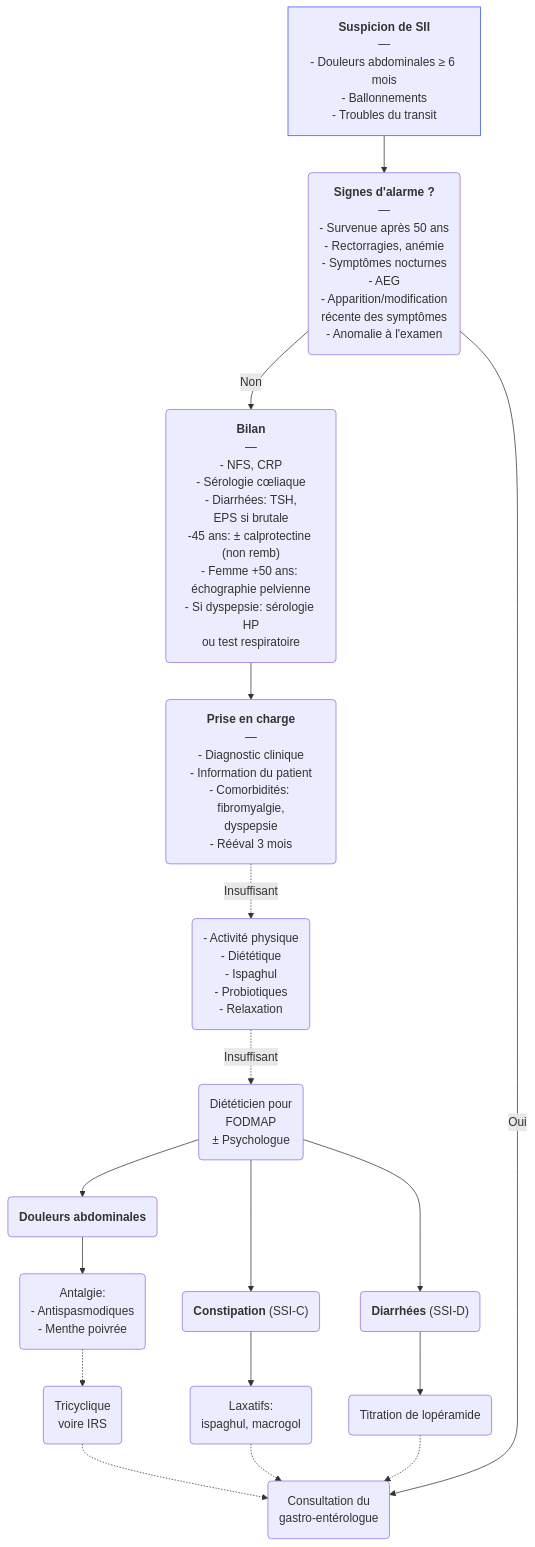
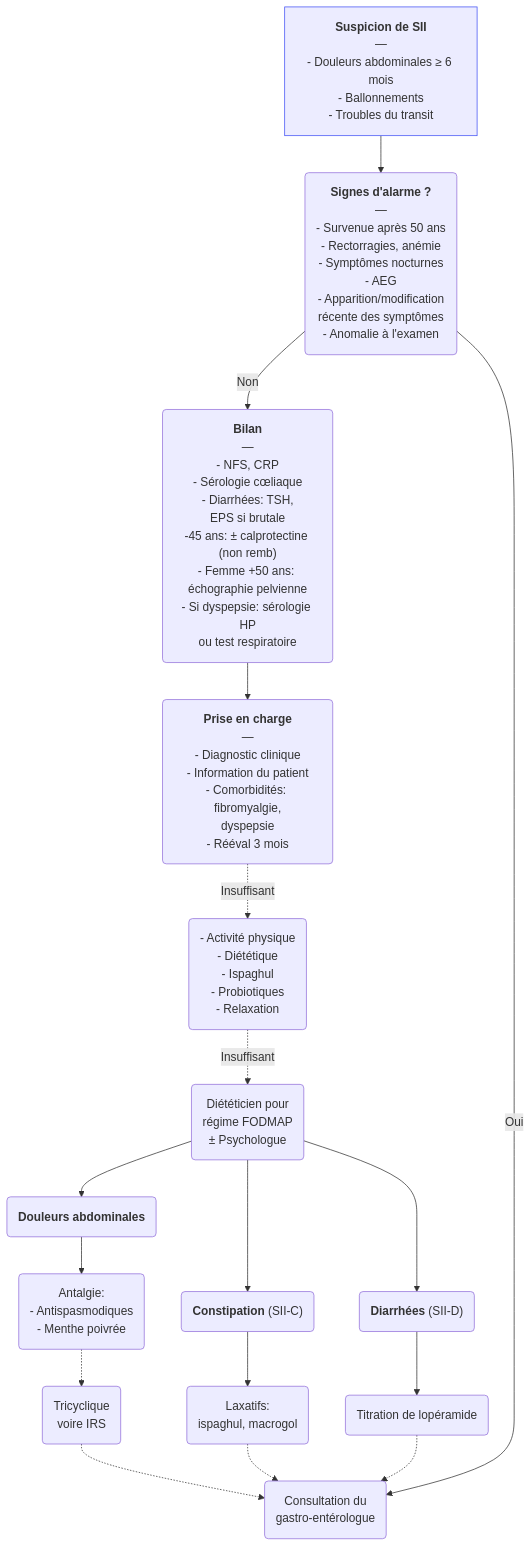
One commit to djibe/recommandations-medicales changed the diagram in content/recommandations/syndrome-intestin-irritable.md. Above: the diagram before and after it, drawn with Mermaid. The commit also changed 33 other files, not shown here.

```diff
--- a/content/recommandations/syndrome-intestin-irritable.md
+++ b/content/recommandations/syndrome-intestin-irritable.md
@@ -259,11 +259,11 @@
 {{< mermaid title="Conduite à tenir pour le diagnostic et la prise en charge du syndrome de l'intestin irritable. Dr JB Fron d'après BSG 2021 et SNFGE" >}}
 graph TB
 SII["<b>Suspicion de SII</b><br>—<br>- Douleurs abdominales ≥ 6 mois<br>- Ballonnements<br>- Troubles du transit"]
 style SII stroke:#4150f5, stroke-width:1px
   SII --> alarme("<b>Signes d'alarme ?</b><br>—<br>- Survenue après 50 ans<br>- Rectorragies, anémie<br>- Symptômes nocturnes<br>- AEG<br>- Apparition/modification<br> récente des symptômes<br>- Anomalie à l'examen")
-  alarme -- Non --> biologie("<b>Bilan</b><br>—<br>- NFS, CRP<br>- Sérologie cœliaque<br>- Diarrhées: TSH,<br>EPS si brutale<br>-45 ans: ± calprotectine (non remb)<br>- Femme +50 ans: échographie pelvienne<br>- Si dyspepsie: sérologie HP<br>ou test respiratoire") --> traitement("<b>Prise en charge</b><br>—<br>- Diagnostic clinique<br>- Information du patient<br>- Comorbidités: fibromyalgie,<br>dyspepsie<br>- Rééval 3 mois") -. Insuffisant .-> RHD("- Activité physique<br>- Diététique<br>- Ispaghul<br>- Probiotiques<br>- Relaxation") -. Insuffisant .-> FODMAP("Diététicien pour<br>FODMAP<br>± Psychologue")
+  alarme -- Non --> biologie("<b>Bilan</b><br>—<br>- NFS, CRP<br>- Sérologie cœliaque<br>- Diarrhées: TSH,<br>EPS si brutale<br>-45 ans: ± calprotectine (non remb)<br>- Femme +50 ans: échographie pelvienne<br>- Si dyspepsie: sérologie HP<br>ou test respiratoire") --> traitement("<b>Prise en charge</b><br>—<br>- Diagnostic clinique<br>- Information du patient<br>- Comorbidités: fibromyalgie,<br>dyspepsie<br>- Rééval 3 mois") -. Insuffisant .-> RHD("- Activité physique<br>- Diététique<br>- Ispaghul<br>- Probiotiques<br>- Relaxation") -. Insuffisant .-> FODMAP("Diététicien pour<br> régime FODMAP<br>± Psychologue")
     FODMAP --> douleurs(<b>Douleurs abdominales</b>) --> antalgie("Antalgie:<br>- Antispasmodiques<br>- Menthe poivrée") -.-> antidépresseur(Tricyclique<br> voire IRS) -.-> gastro
-    FODMAP --> constipation("<b>Constipation</b> (SSI-C)") --> laxatifs(Laxatifs:<br>  ispaghul, macrogol) -.-> gastro
-    FODMAP --> diarrhée("<b>Diarrhées</b> (SSI-D)") --> antidiarrh(Titration de lopéramide) -.-> gastro
+    FODMAP --> constipation("<b>Constipation</b> (SII-C)") --> laxatifs(Laxatifs:<br>  ispaghul, macrogol) -.-> gastro
+    FODMAP --> diarrhée("<b>Diarrhées</b> (SII-D)") --> antidiarrh(Titration de lopéramide) -.-> gastro
   alarme -- Oui --> gastro(Consultation du<br>gastro-entérologue)
 {{< /mermaid >}}
```
